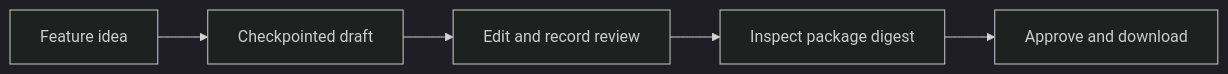
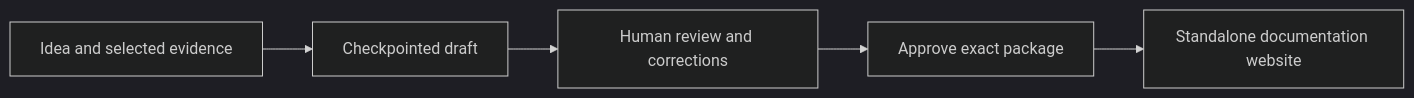
One commit to AhmedAbdelhady24/SpecBridge changed the diagram in README.md. Above: the diagram before and after it, drawn with Mermaid (dark theme). The commit also changed other lines of this file and 2 other files, not shown here.

````diff
--- a/README.md
+++ b/README.md
@@ -9,7 +11,7 @@
 ```mermaid
 flowchart LR
-    A[Feature idea] --> B[Checkpointed draft]
-    B --> C[Edit and record review]
-    C --> D[Inspect package digest]
-    D --> E[Approve and download]
+    A[Idea and selected evidence] --> B[Checkpointed draft]
+    B --> C[Human review and corrections]
+    C --> D[Approve exact package]
+    D --> E[Standalone documentation website]
 ```
````
